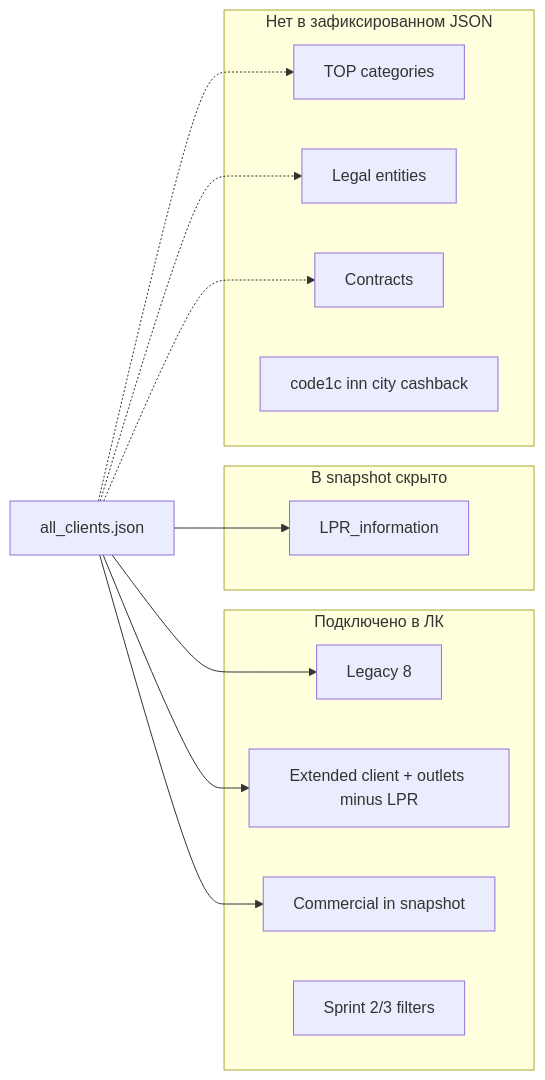
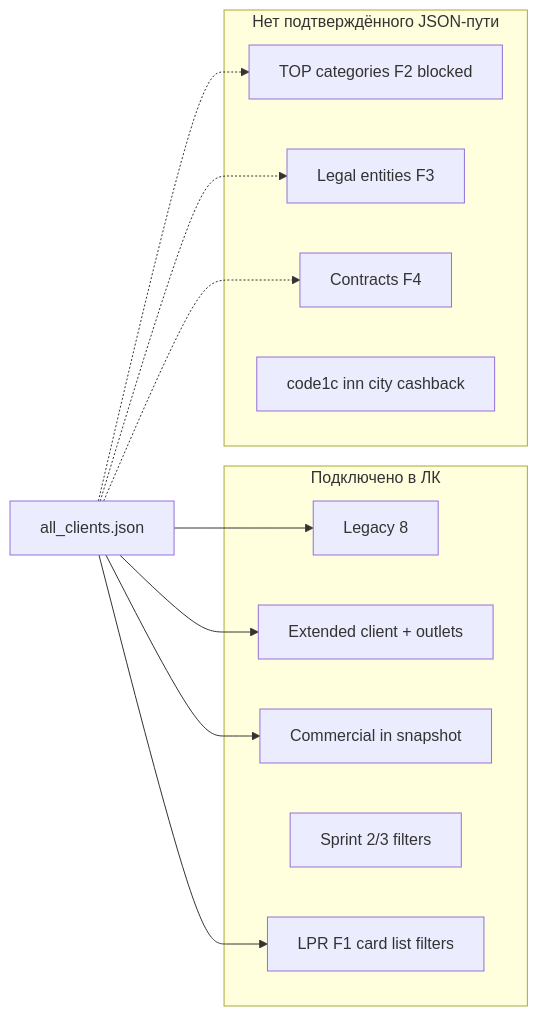
Before and after one commit to karenavedikyan/tandoor-rf: the diagram in docs/delivery/remaining-exchange-fields-map.md, drawn with Mermaid. The commit also changed other lines of this file and 1 other file, not shown here.

First line of the commit message:
docs(F2): block TOP category pending live JSON confirmation

````diff
--- a/docs/delivery/remaining-exchange-fields-map.md
+++ b/docs/delivery/remaining-exchange-fields-map.md
@@ -228,25 +231,23 @@
 ```mermaid
 flowchart LR
   subgraph done [Подключено в ЛК]
     L8[Legacy 8]
-    EX[Extended client + outlets minus LPR]
+    EX[Extended client + outlets]
     COM[Commercial in snapshot]
     FIL[Sprint 2/3 filters]
+    LPR[LPR F1 card list filters]
   end
-  subgraph hidden [В snapshot скрыто]
-    LPR[LPR_information]
-  end
-  subgraph missing [Нет в зафиксированном JSON]
-    TOP[TOP categories]
-    LEG[Legal entities]
-    CON[Contracts]
+  subgraph missing [Нет подтверждённого JSON-пути]
+    TOP[TOP categories F2 blocked]
+    LEG[Legal entities F3]
+    CON[Contracts F4]
     PLH[code1c inn city cashback]
   end
   JSON[all_clients.json] --> L8
   JSON --> EX
   JSON --> COM
   JSON --> LPR
   JSON -.-> TOP
   JSON -.-> LEG
   JSON -.-> CON
 ```
````
